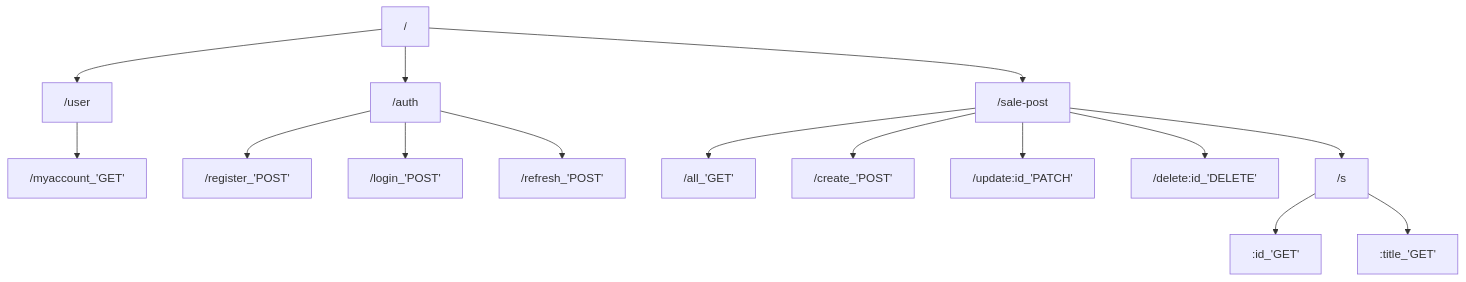
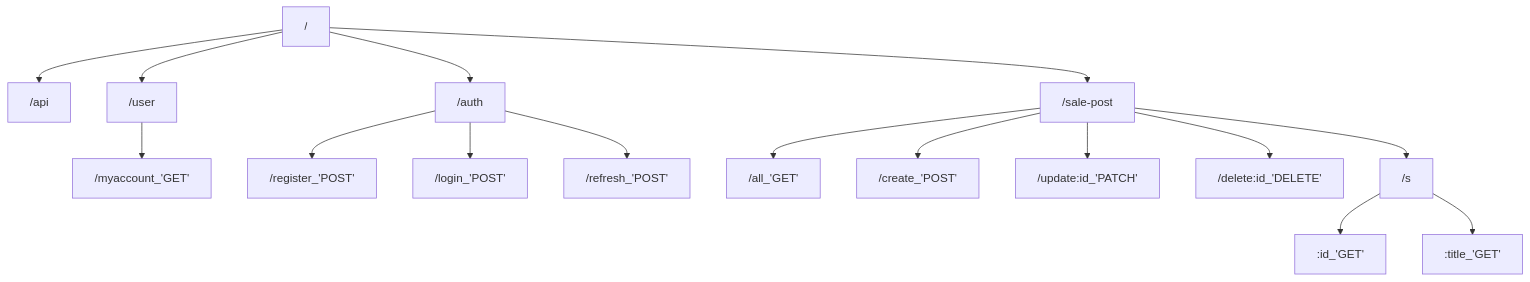
Before and after one commit to jadegnew/OLX-clone: the diagram in README.md, drawn with Mermaid. The commit also changed other lines of this file and 7 other files, not shown here.

````diff
--- a/README.md
+++ b/README.md
@@ -17,17 +17,18 @@
 ```mermaid
 graph TD;
+    /-->/api;
     /-->/user;
     /-->/auth;
     /-->/sale-post;
     /user-->/myaccount_'GET'
     /auth-->/register_'POST'
     /auth-->/login_'POST'
     /auth-->/refresh_'POST'
     /sale-post-->/all_'GET'
     /sale-post-->/create_'POST'
     /sale-post-->/update:id_'PATCH'
     /sale-post-->/delete:id_'DELETE'
     /sale-post-->/s
     /s-->:id_'GET'
     /s-->:title_'GET'
 ```
````
